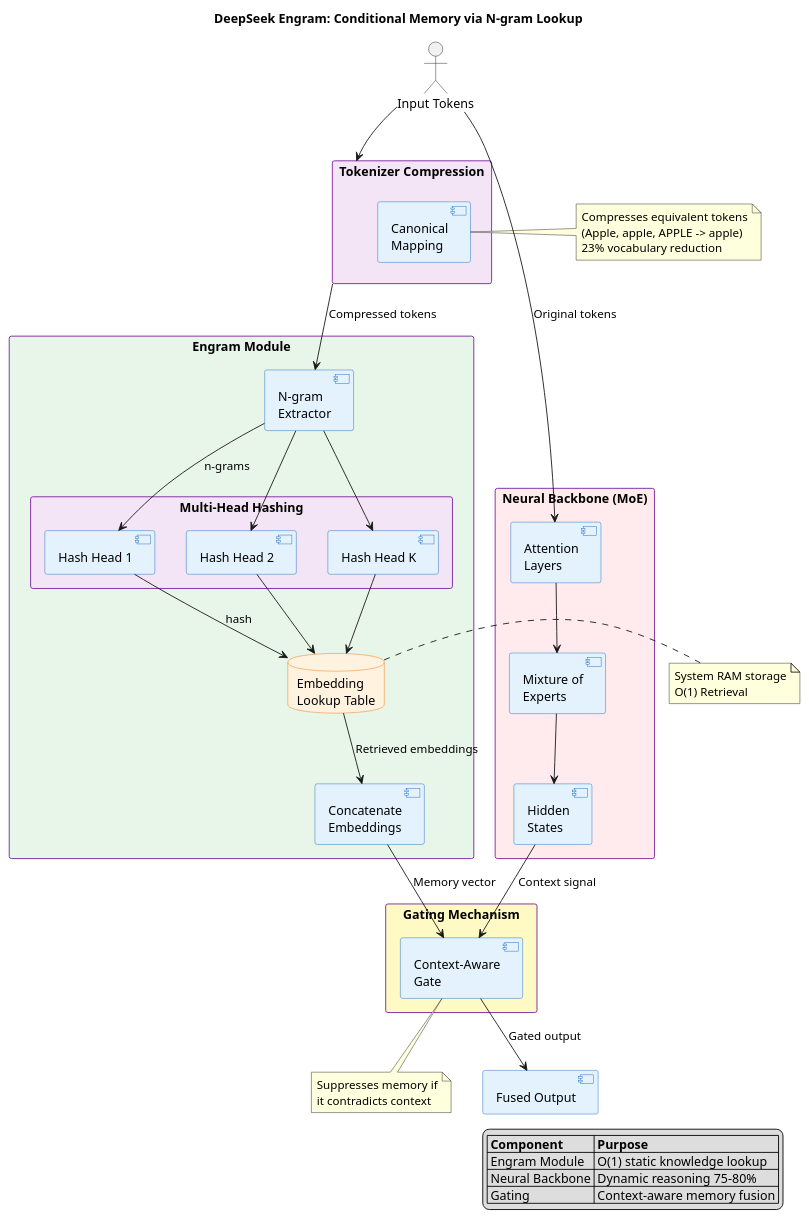
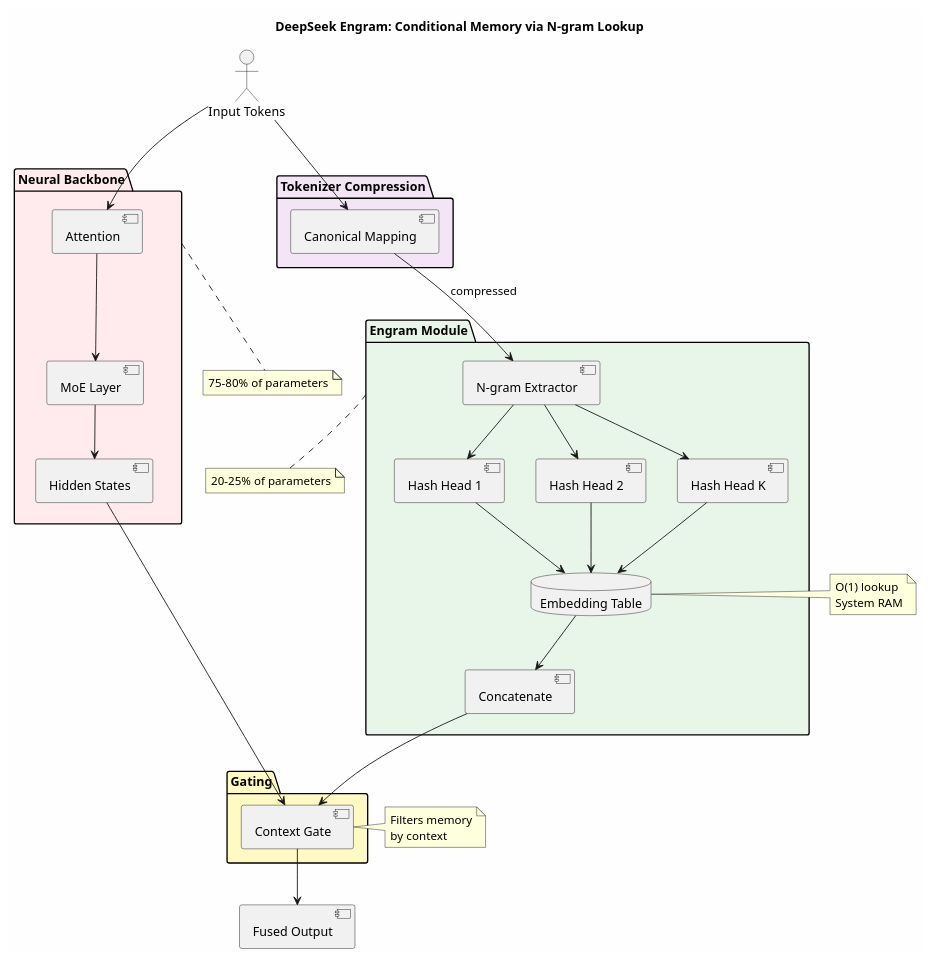
The diagram in catalogue/research-papers/uml/deepseek-engram.puml (keugenek/plantuml-ent-kit), drawn with PlantUML before and after one commit.

Commit message:
Simplify DeepSeek Engram diagram for reliable rendering
- Use package instead of nested rectangles
- Remove legend (can cause rendering issues)
- Remove newlines in component names
- Simplify notes

```diff
--- a/catalogue/research-papers/uml/deepseek-engram.puml
+++ b/catalogue/research-papers/uml/deepseek-engram.puml
@@ -1,98 +1,75 @@
 @startuml
 
 title DeepSeek Engram: Conditional Memory via N-gram Lookup
 
-skinparam component {
-    BackgroundColor #E3F2FD
-    BorderColor #1565C0
-}
-
-skinparam database {
-    BackgroundColor #FFF3E0
-    BorderColor #EF6C00
-}
-
-skinparam rectangle {
-    BackgroundColor #F3E5F5
-    BorderColor #7B1FA2
-}
+skinparam backgroundColor #FEFEFE
 
 actor "Input Tokens" as Input
 
-rectangle "Tokenizer Compression" as Tokenizer {
-    component "Canonical\nMapping" as Canon
+package "Tokenizer Compression" as Tokenizer #F3E5F5 {
+    component "Canonical Mapping" as Canon
 }
 
-note right of Canon
-  Compresses equivalent tokens
-  (Apple, apple, APPLE -> apple)
-  23% vocabulary reduction
-end note
-
-rectangle "Engram Module" as Engram #E8F5E9 {
-    component "N-gram\nExtractor" as NGram
-
-    rectangle "Multi-Head Hashing" as Hashing {
-        component "Hash Head 1" as H1
-        component "Hash Head 2" as H2
-        component "Hash Head K" as HK
-    }
-
-    database "Embedding\nLookup Table" as EmbedTable
-
-    component "Concatenate\nEmbeddings" as Concat
+package "Engram Module" as Engram #E8F5E9 {
+    component "N-gram Extractor" as NGram
+    component "Hash Head 1" as H1
+    component "Hash Head 2" as H2
+    component "Hash Head K" as HK
+    database "Embedding Table" as EmbedTable
+    component "Concatenate" as Concat
 }
 
-note right of EmbedTable
-  System RAM storage
-  O(1) Retrieval
-end note
-
-rectangle "Neural Backbone (MoE)" as Backbone #FFEBEE {
-    component "Attention\nLayers" as Attention
-    component "Mixture of\nExperts" as MoE
-    component "Hidden\nStates" as Hidden
+package "Neural Backbone" as Backbone #FFEBEE {
+    component "Attention" as Attention
+    component "MoE Layer" as MoE
+    component "Hidden States" as Hidden
 }
 
-rectangle "Gating Mechanism" as Gate #FFF9C4 {
-    component "Context-Aware\nGate" as ContextGate
+package "Gating" as Gate #FFF9C4 {
+    component "Context Gate" as ContextGate
 }
-
-note bottom of ContextGate
-  Suppresses memory if
-  it contradicts context
-end note
 
 component "Fused Output" as Output
 
-' Flow
-Input --> Tokenizer
-Tokenizer --> NGram : Compressed tokens
+' Tokenizer flow
+Input --> Canon
+Canon --> NGram : compressed
 
-NGram --> H1 : n-grams
+' Hash flow
+NGram --> H1
 NGram --> H2
 NGram --> HK
-
-H1 --> EmbedTable : hash
+H1 --> EmbedTable
 H2 --> EmbedTable
 HK --> EmbedTable
+EmbedTable --> Concat
 
-EmbedTable --> Concat : Retrieved embeddings
-
-Input --> Attention : Original tokens
+' Neural flow
+Input --> Attention
 Attention --> MoE
 MoE --> Hidden
 
-Hidden --> ContextGate : Context signal
-Concat --> ContextGate : Memory vector
+' Fusion
+Hidden --> ContextGate
+Concat --> ContextGate
+ContextGate --> Output
 
-ContextGate --> Output : Gated output
+note right of EmbedTable
+  O(1) lookup
+  System RAM
+end note
 
-legend right
-  |= Component |= Purpose |
-  | Engram Module | O(1) static knowledge lookup |
-  | Neural Backbone | Dynamic reasoning 75-80% |
-  | Gating | Context-aware memory fusion |
-endlegend
+note right of ContextGate
+  Filters memory
+  by context
+end note
+
+note bottom of Engram
+  20-25% of parameters
+end note
+
+note bottom of Backbone
+  75-80% of parameters
+end note
 
 @enduml
```
